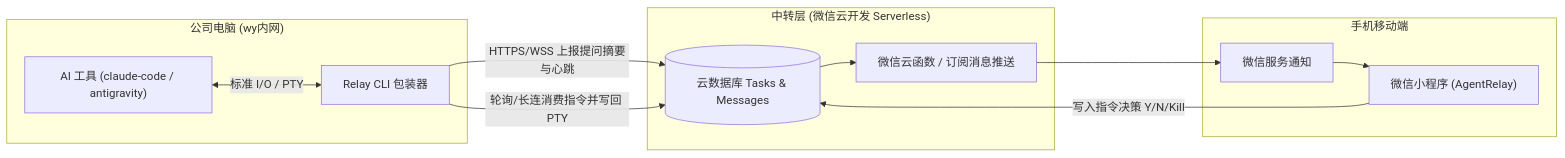
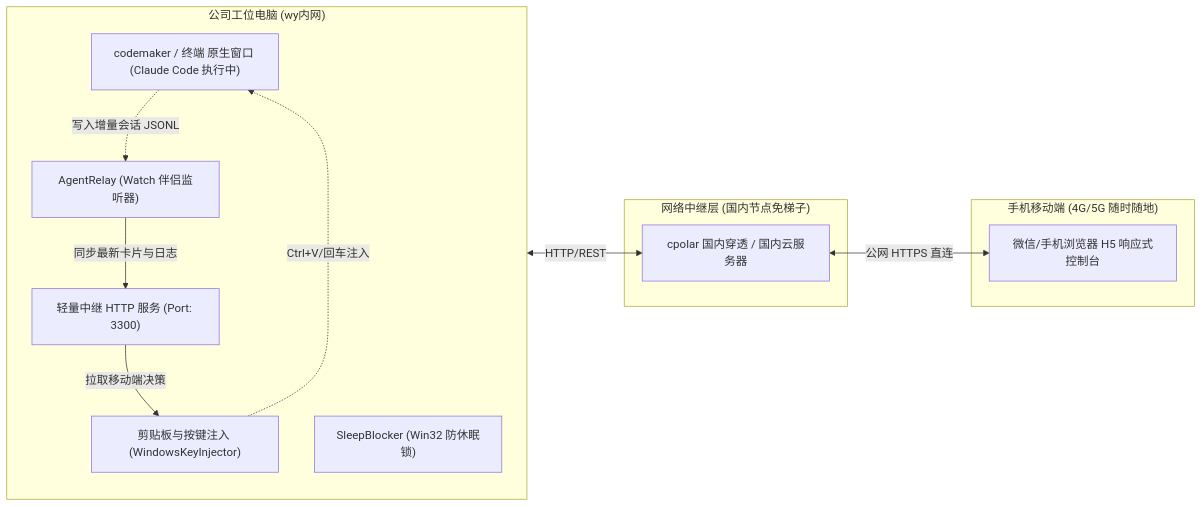
Before and after one commit to amyzhou6667/wy-work-record: the first of 3 diagrams in projects/AgentRelay/docs/prd/PRD-AgentRelay-远程AI任务伴侣.md, drawn with Mermaid. The commit also changed other lines of this file and 9 other files, not shown here.

Commit message:
docs & feat(AgentRelay): update PRD, TRD, tasks and implement Watch mode with clipboard auto-sync

````diff
--- a/projects/AgentRelay/docs/prd/PRD-AgentRelay-远程AI任务伴侣.md
+++ b/projects/AgentRelay/docs/prd/PRD-AgentRelay-远程AI任务伴侣.md
@@ -65,24 +67,27 @@
 ```mermaid
 flowchart LR
-    subgraph OfficePC["公司电脑 (wy内网)"]
-        Agent["AI 工具 (claude-code / antigravity)"]
-        CLI["Relay CLI 包装器"]
-        Agent <-->|标准 I/O / PTY| CLI
+    subgraph OfficePC["公司工位电脑 (wy内网)"]
+        direction TB
+        codemaker["codemaker / 终端 原生窗口 (Claude Code 执行中)"]
+        Watch["AgentRelay (Watch 伴侣监听器)"]
+        Sleep["SleepBlocker (Win32 防休眠锁)"]
+        Server["轻量中继 HTTP 服务 (Port: 3300)"]
+        Clip["剪贴板与按键注入 (WindowsKeyInjector)"]
+
+        codemaker -.->|写入增量会话 JSONL| Watch
+        Watch -->|同步最新卡片与日志| Server
+        Server -->|拉取移动端决策| Clip
+        Clip -.->|Ctrl+V/回车注入| codemaker
     end
 
-    subgraph CloudBase["中转层 (微信云开发 Serverless)"]
-        CloudDB[("云数据库 Tasks & Messages")]
-        CloudFn["微信云函数 / 订阅消息推送"]
+    subgraph Tunnel["网络中继层 (国内节点免梯子)"]
+        Cpolar["cpolar 国内穿透 / 国内云服务器"]
     end
 
-    subgraph Mobile["手机移动端"]
-        MP["微信小程序 (AgentRelay)"]
-        Notice["微信服务通知"]
+    subgraph Mobile["手机移动端 (4G/5G 随时随地)"]
+        H5["微信/手机浏览器 H5 响应式控制台"]
     end
 
-    CLI -->|HTTPS/WSS 上报提问摘要与心跳| CloudDB
-    CloudDB --> CloudFn --> Notice
-    Notice --> MP
-    MP -->|写入指令决策 Y/N/Kill| CloudDB
-    CLI -->|轮询/长连消费指令并写回 PTY| CloudDB
+    Server <-->|HTTP/REST| Cpolar
+    Cpolar <-->|公网 HTTPS 直连| H5
 ```
````
